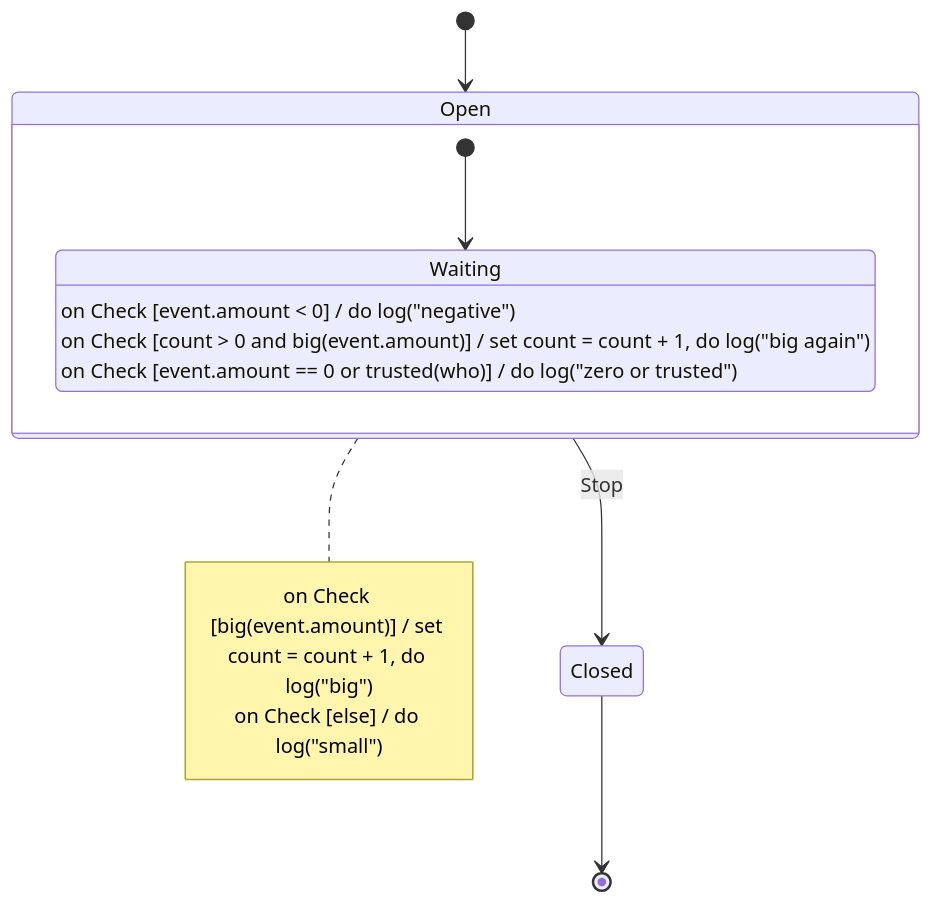
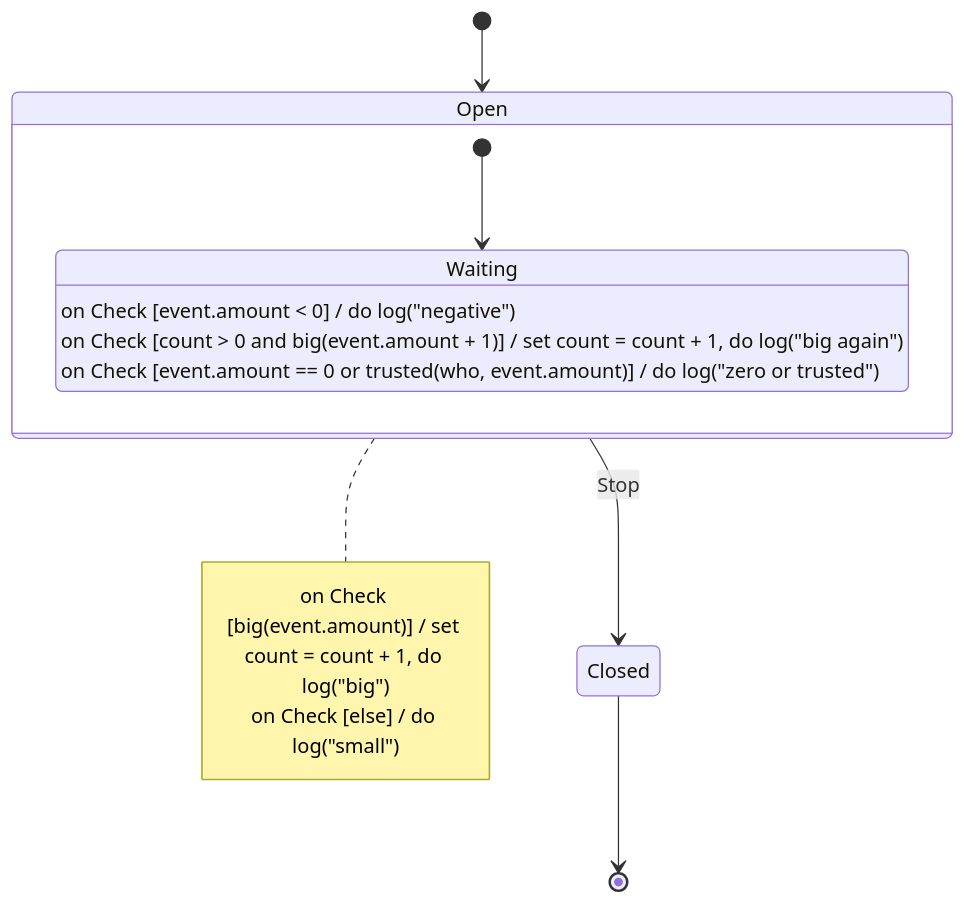
The diagram in packages/viewer/test/mermaid/spec-conformance-charts-gate.md (dire-kiwi/roadbook), drawn with Mermaid before and after one commit. The commit also changed other lines of this file and 6 other files, not shown here.

Commit message:
Regenerate the viewer's Mermaid fixtures for the new conformance charts; mark M2 done

````diff
--- a/packages/viewer/test/mermaid/spec-conformance-charts-gate.md
+++ b/packages/viewer/test/mermaid/spec-conformance-charts-gate.md
@@ -9,17 +9,17 @@
 ```mermaid
 stateDiagram-v2
   state Open {
     state "Waiting" as Open_Waiting
     Open_Waiting: on Check [event.amount < 0] / do log("negative")
-    Open_Waiting: on Check [count > 0 and big(event.amount)] / set count = count + 1, do log("big again")
-    Open_Waiting: on Check [event.amount == 0 or trusted(who)] / do log("zero or trusted")
+    Open_Waiting: on Check [count > 0 and big(event.amount + 1)] / set count = count + 1, do log("big again")
+    Open_Waiting: on Check [event.amount == 0 or trusted(who, event.amount)] / do log("zero or trusted")
     [*] --> Open_Waiting
   }
   note right of Open
     on Check [big(event.amount)] / set count = count + 1, do log("big")
     on Check [else] / do log("small")
   end note
   [*] --> Open
   Open --> Closed: Stop
   Closed --> [*]
 ```
````
